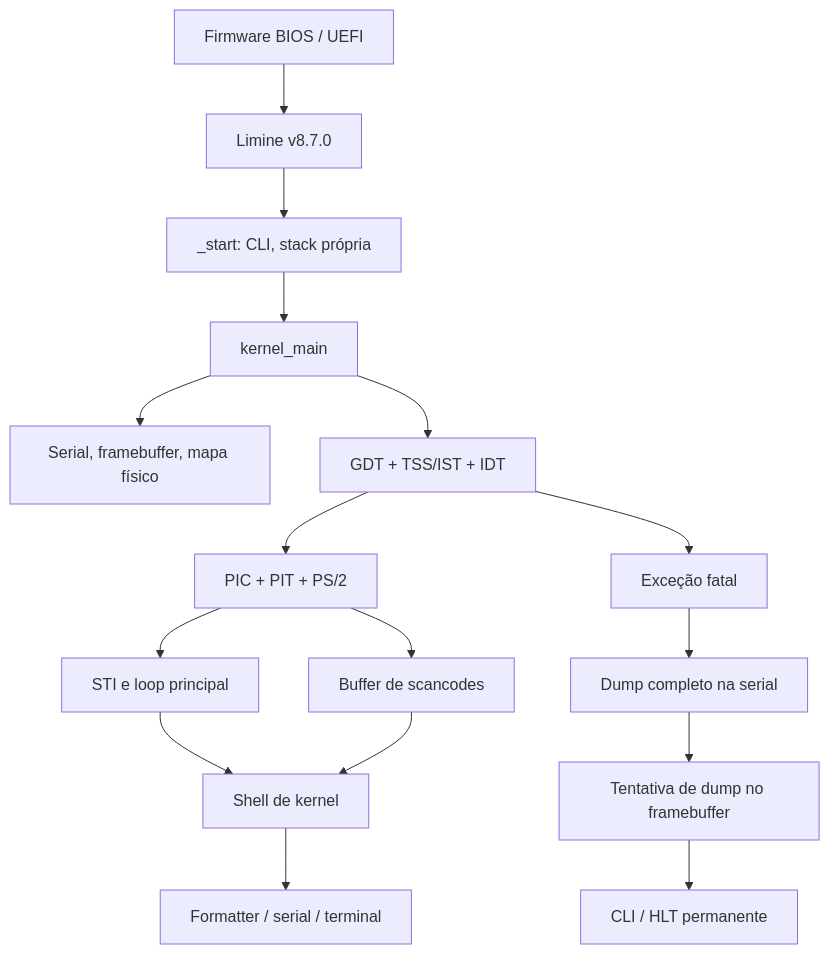
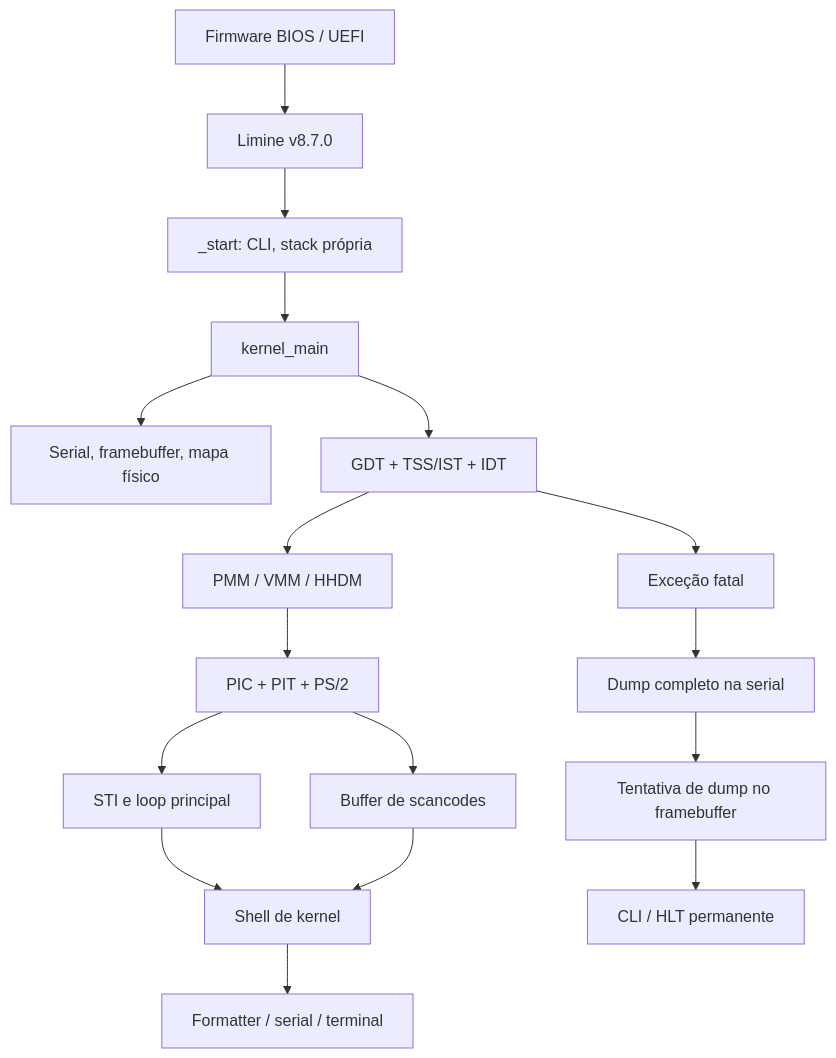
One commit to zaureliu/UtamoOS changed the diagram in docs/architecture.md. Above: the diagram before and after it, drawn with Mermaid. The commit also changed other lines of this file and 13 other files, not shown here.

Commit message:
docs: document PMM VMM contracts and headless memory validation

````diff
--- a/docs/architecture.md
+++ b/docs/architecture.md
@@ -8,18 +8,19 @@
 ```mermaid
 flowchart TD
     firmware[Firmware BIOS / UEFI] --> limine[Limine v8.7.0]
     limine --> entry[_start: CLI, stack própria]
     entry --> main[kernel_main]
     main --> boot[Serial, framebuffer, mapa físico]
     main --> desc[GDT + TSS/IST + IDT]
-    desc --> irq[PIC + PIT + PS/2]
+    desc --> memory[PMM / VMM / HHDM]
+    memory --> irq[PIC + PIT + PS/2]
     irq --> loop[STI e loop principal]
     loop --> shell[Shell de kernel]
     shell --> out[Formatter / serial / terminal]
     irq --> input[Buffer de scancodes]
     input --> shell
     desc --> fault[Exceção fatal]
     fault --> serial[Dump completo na serial]
     serial --> display[Tentativa de dump no framebuffer]
     display --> stop[CLI / HLT permanente]
 ```
````
